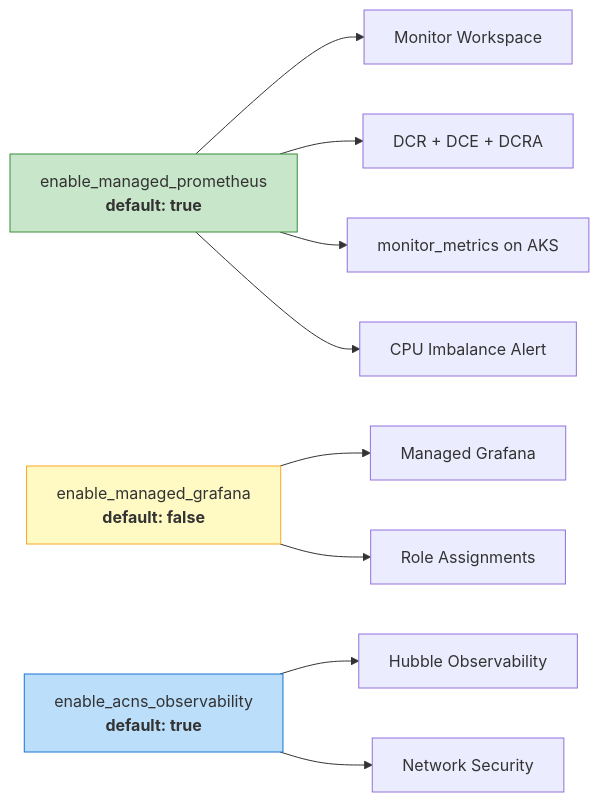
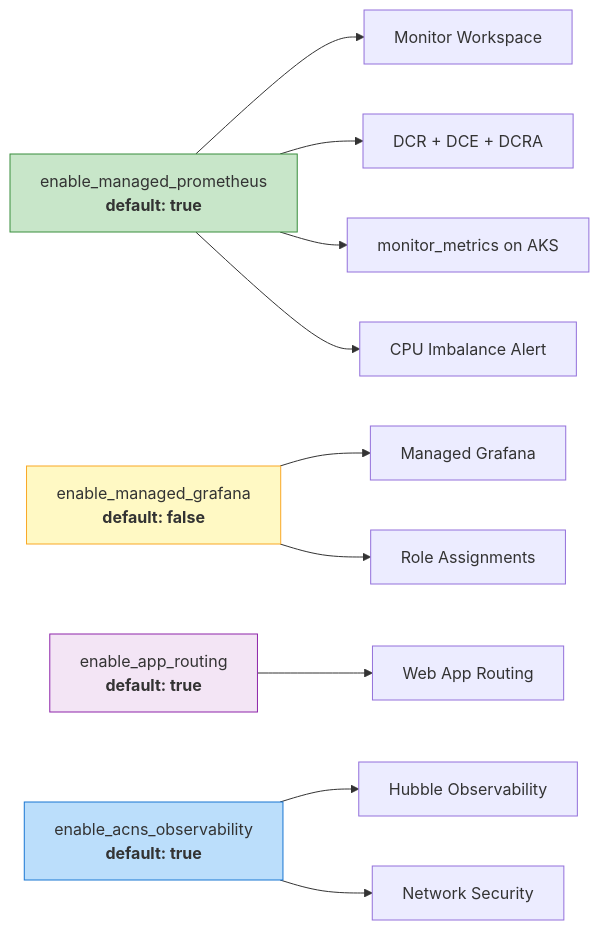
Before and after one commit to abossard/aks-nap-with-terraform: the third of 5 diagrams in README.md, drawn with Mermaid. The commit also changed other lines of this file and 1 other file, not shown here.

````diff
--- a/README.md
+++ b/README.md
@@ -59,17 +59,20 @@
 ```mermaid
 graph LR
     P["enable_managed_prometheus<br/><b>default: true</b>"] --> MW[Monitor Workspace]
     P --> DCR_[DCR + DCE + DCRA]
     P --> MM[monitor_metrics on AKS]
     P --> AL[CPU Imbalance Alert]
 
     G["enable_managed_grafana<br/><b>default: false</b>"] --> GR[Managed Grafana]
     G --> RA[Role Assignments]
 
+    R["enable_app_routing<br/><b>default: true</b>"] --> WAR[Web App Routing]
+
     O["enable_acns_observability<br/><b>default: true</b>"] --> HB[Hubble Observability]
     O --> NS[Network Security]
 
     style P fill:#c8e6c9,stroke:#388e3c
     style G fill:#fff9c4,stroke:#f9a825
+    style R fill:#f3e5f5,stroke:#8e24aa
     style O fill:#bbdefb,stroke:#1976d2
 ```
````
